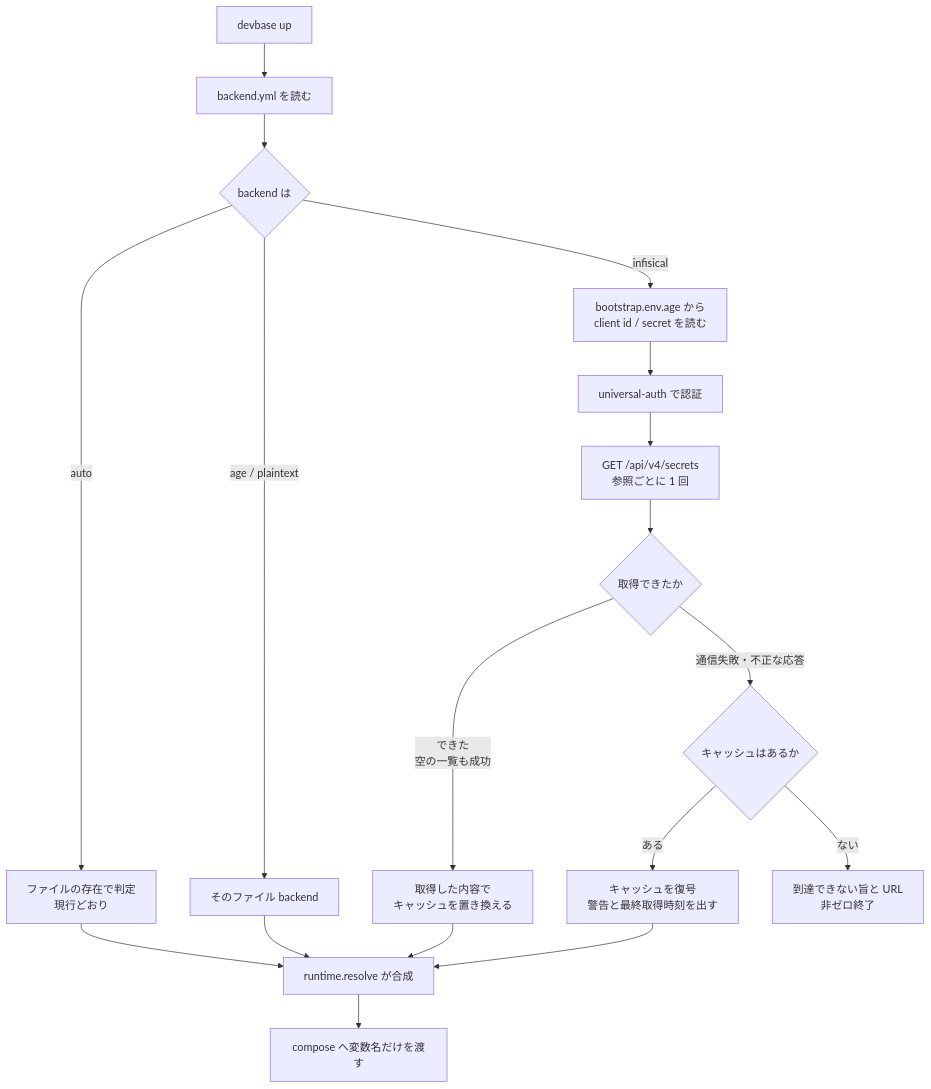
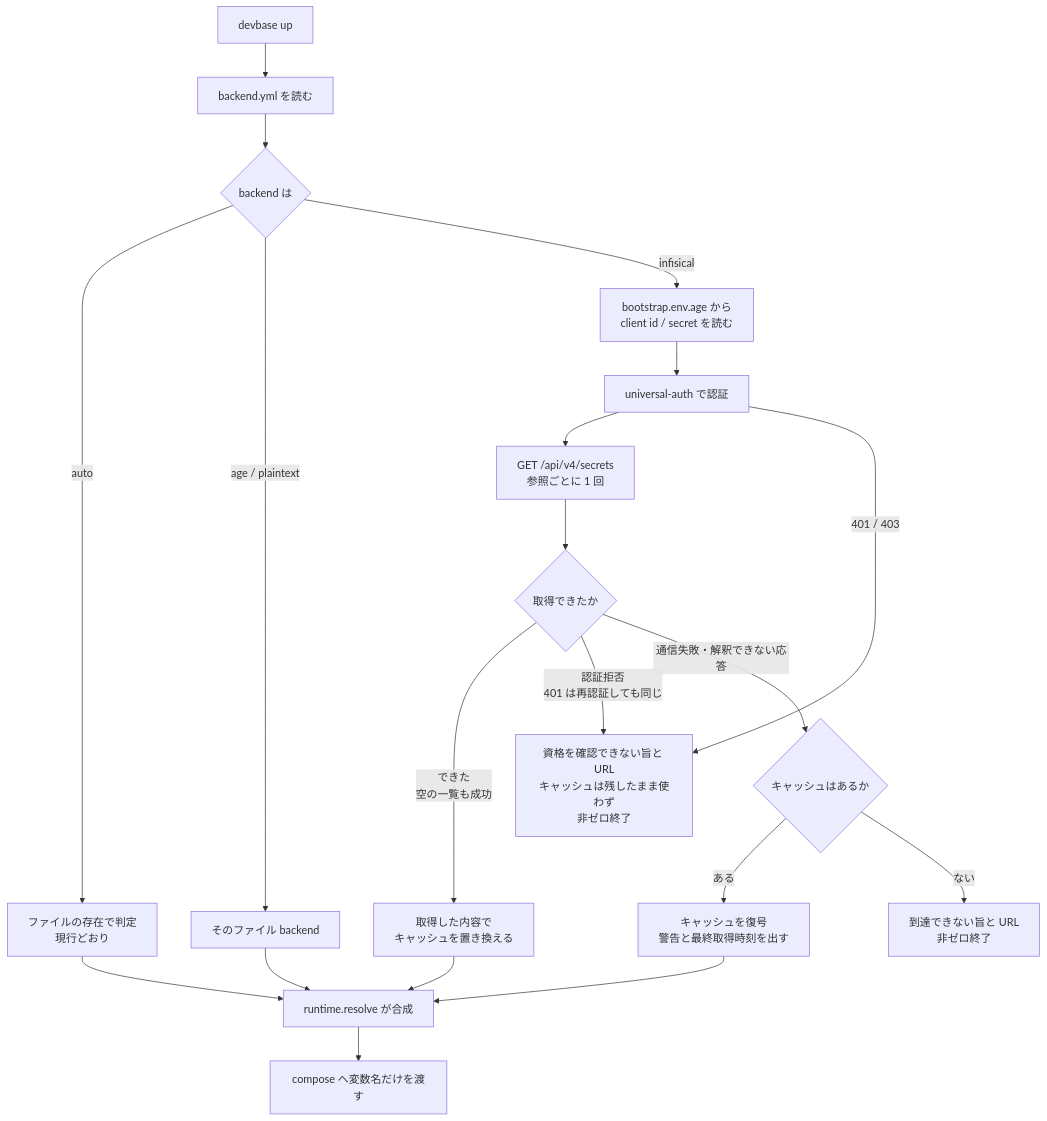
Before and after one commit to devbasex/devbase: the second of 2 diagrams in issues/PLAN51_secret-backend-design.md, drawn with Mermaid. The commit also changed other lines of this file and 1 other file, not shown here.

````diff
--- a/issues/PLAN51_secret-backend-design.md
+++ b/issues/PLAN51_secret-backend-design.md
@@ -320,20 +347,22 @@
 ```mermaid
 flowchart TD
     A[devbase up] --> B[backend.yml を読む]
     B --> C{backend は}
     C -->|auto| D[ファイルの存在で判定<br/>現行どおり]
     C -->|age / plaintext| E[そのファイル backend]
     C -->|infisical| F[bootstrap.env.age から<br/>client id / secret を読む]
     F --> G[universal-auth で認証]
     G --> H[GET /api/v4/secrets<br/>参照ごとに 1 回]
+    G -->|401 / 403| P
     H --> I{取得できたか}
     I -->|できた<br/>空の一覧も成功| J[取得した内容で<br/>キャッシュを置き換える]
-    I -->|通信失敗・不正な応答| K{キャッシュはあるか}
+    I -->|認証拒否<br/>401 は再認証しても同じ| P[資格を確認できない旨と URL<br/>キャッシュは残したまま使わず<br/>非ゼロ終了]
+    I -->|通信失敗・解釈できない応答| K{キャッシュはあるか}
     K -->|ある| L[キャッシュを復号<br/>警告と最終取得時刻を出す]
     K -->|ない| M[到達できない旨と URL<br/>非ゼロ終了]
     D --> N[runtime.resolve が合成]
     E --> N
     J --> N
     L --> N
     N --> O[compose へ変数名だけを渡す]
 ```
````
